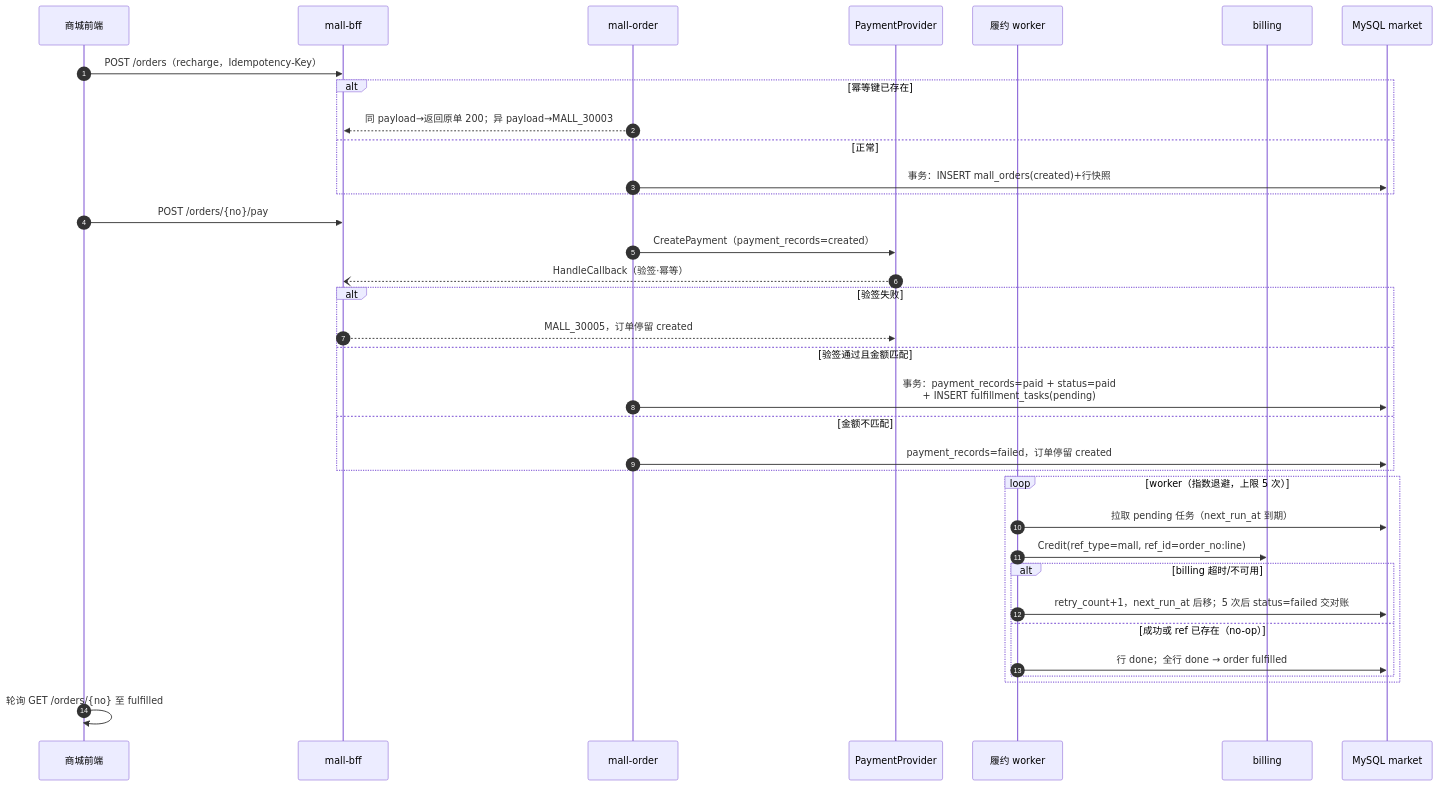
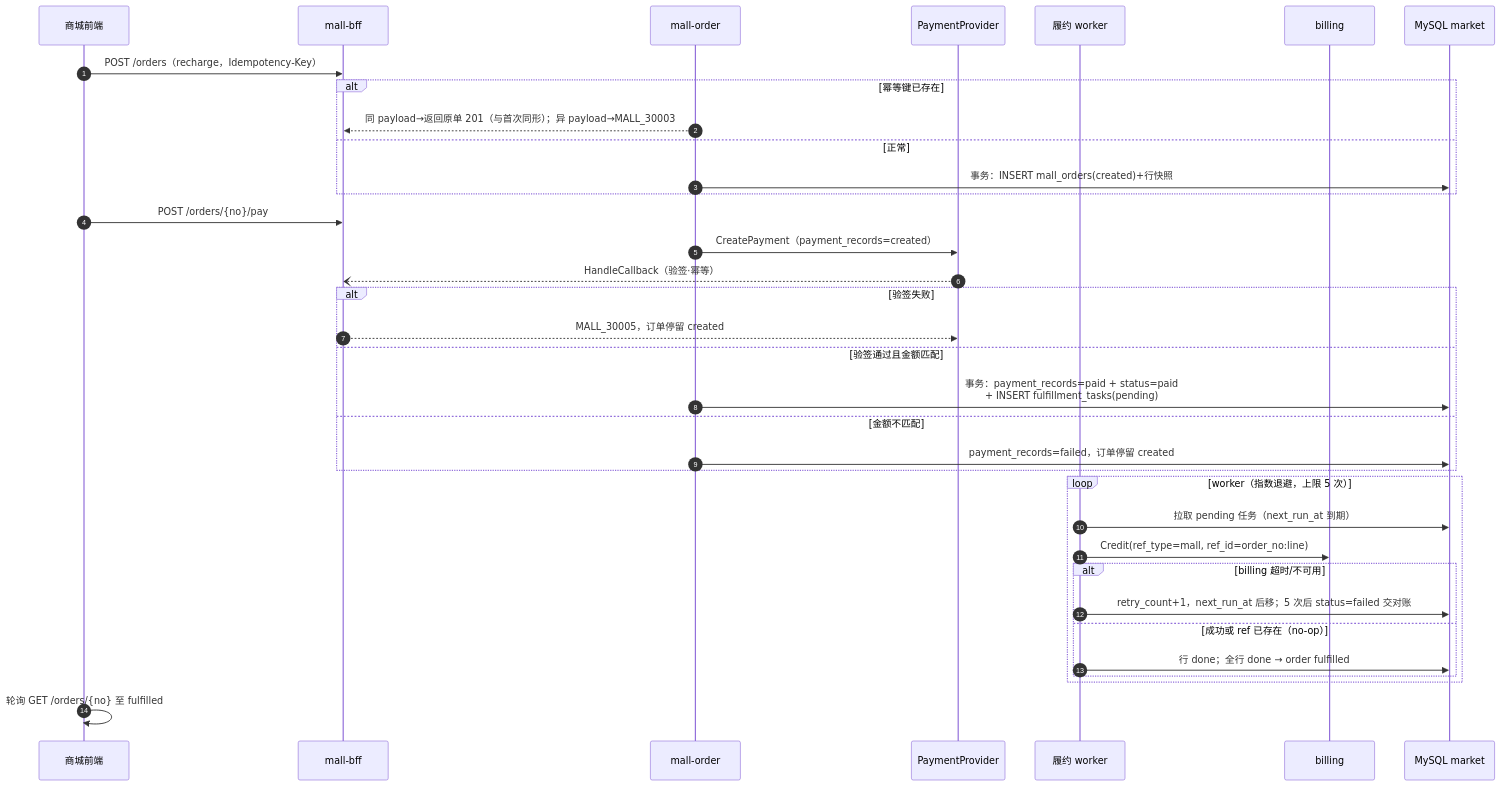
Before and after one commit to frostloom/my-market: the first of 6 diagrams in docs/spec/sequences.md, drawn with Mermaid. The commit also changed 3 other files, not shown here.

Commit message:
docs: replay-201 sync in sequences + archive SDD execution ledgers

````diff
--- a/docs/spec/sequences.md
+++ b/docs/spec/sequences.md
@@ -10,38 +10,38 @@
 ```mermaid
 sequenceDiagram
     autonumber
     participant A as 商城前端
     participant B as mall-bff
     participant O as mall-order
     participant P as PaymentProvider
     participant W as 履约 worker
     participant L as billing
     participant M as MySQL market
 
     A->>B: POST /orders（recharge，Idempotency-Key）
     alt 幂等键已存在
-        O-->>B: 同 payload→返回原单 200；异 payload→MALL_30003
+        O-->>B: 同 payload→返回原单 201（与首次同形）；异 payload→MALL_30003
     else 正常
         O->>M: 事务：INSERT mall_orders(created)+行快照
     end
     A->>B: POST /orders/{no}/pay
     O->>P: CreatePayment（payment_records=created）
     P--)B: HandleCallback（验签·幂等）
     alt 验签失败
         B-->>P: MALL_30005，订单停留 created
     else 验签通过且金额匹配
         O->>M: 事务：payment_records=paid + status=paid<br/>+ INSERT fulfillment_tasks(pending)
     else 金额不匹配
         O->>M: payment_records=failed，订单停留 created
     end
     loop worker（指数退避，上限 5 次）
         W->>M: 拉取 pending 任务（next_run_at 到期）
         W->>L: Credit(ref_type=mall, ref_id=order_no:line)
         alt billing 超时/不可用
             W->>M: retry_count+1，next_run_at 后移；5 次后 status=failed 交对账
         else 成功或 ref 已存在（no-op）
             W->>M: 行 done；全行 done → order fulfilled
         end
     end
     A->>A: 轮询 GET /orders/{no} 至 fulfilled
 ```
````
